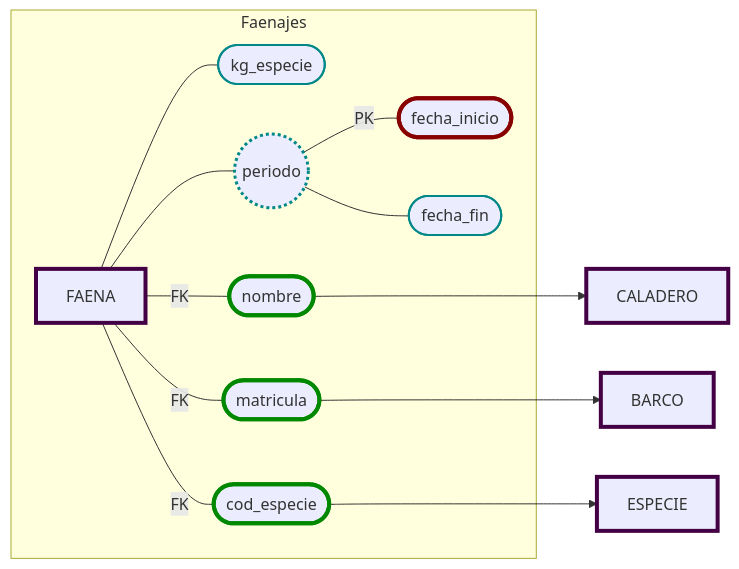
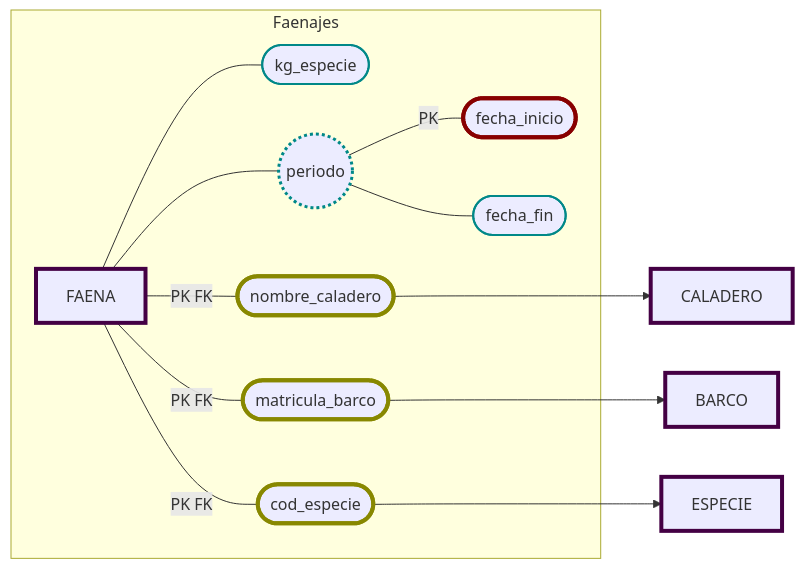
The fifth of 13 diagrams in DataBases/lonja_DB.md (JulTob/Data), drawn with Mermaid before and after one commit. The commit also changed other lines of this file, not shown here.

````diff
--- a/DataBases/lonja_DB.md
+++ b/DataBases/lonja_DB.md
@@ -219,31 +230,31 @@
 ```mermaid
 flowchart LR   
   classDef atributo stroke:#088,stroke-width:2px;
   classDef derivado stroke-width:3px, stroke-dasharray:3 3;
 
   classDef pk stroke:#800,stroke-width:4px;
   classDef fk stroke:#080,stroke-width:4px;
   classDef pkfk stroke:#880,stroke-width:4px;
   classDef entidad stroke:#404,stroke-width:4px;
 
   %% Atributos FAENAJE
   subgraph Faenajes
     Faena[FAENA]:::entidad
     Faena --- kg_especie([kg_especie]):::atributo 
-    Faena ---|FK| nombre([nombre]):::fk 
-    Faena ---|FK| matricula([matricula]):::fk 
-    Faena ---|FK| cod_especie([cod_especie]):::fk
+    Faena ---|PK FK| nombre([nombre_caladero]):::pkfk 
+    Faena ---|PK FK| matricula([matricula_barco]):::pkfk 
+    Faena ---|PK FK| cod_especie([cod_especie]):::pkfk
     Faena --- periodo((periodo)):::atributo
     periodo:::derivado
     periodo ---|PK| fecha_inicio([fecha_inicio]):::pk 
     periodo --- fecha_fin([fecha_fin]):::atributo
 
     end
   nombre ---> Caladero
   matricula ---> Barco
   cod_especie ---> Especie
 
   Caladero[CALADERO]:::entidad
   Barco[BARCO]:::entidad
   Especie[ESPECIE]:::entidad
 ```
````
